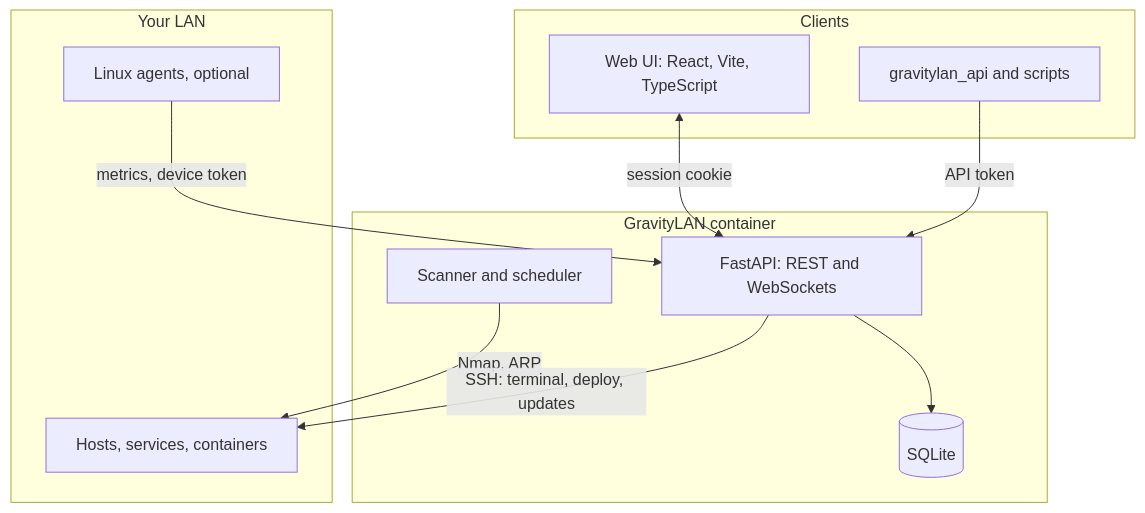
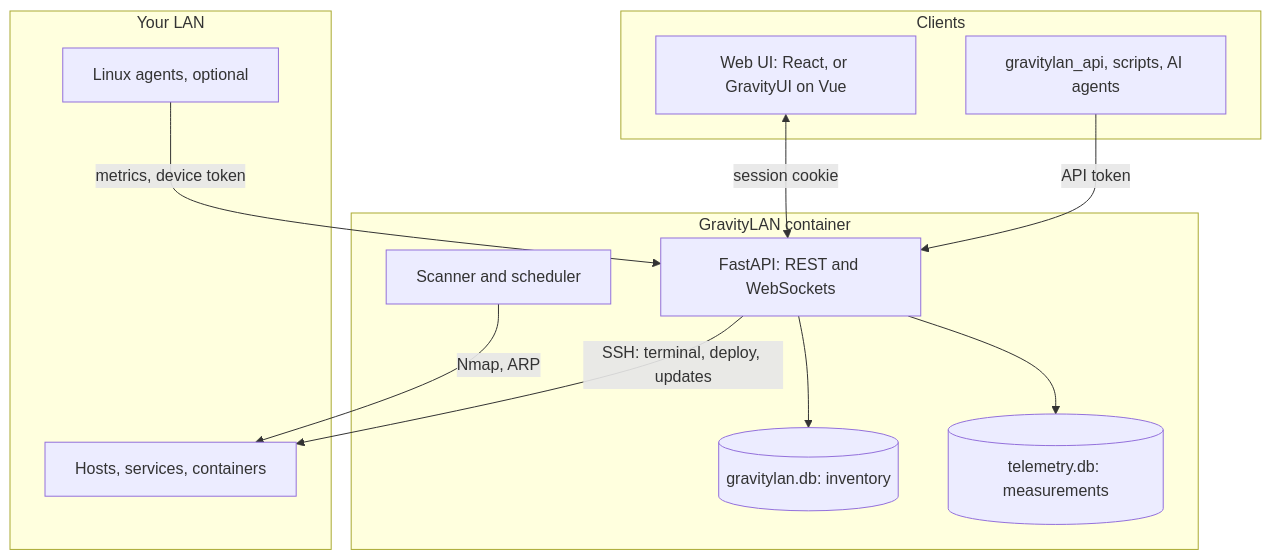
Before and after one commit to SleeperXr/GravityLAN: the first of 2 diagrams in README.md, drawn with Mermaid. The commit also changed other lines of this file and 29 other files, not shown here.

````diff
--- a/README.md
+++ b/README.md
@@ -176,22 +232,24 @@
 ```mermaid
 flowchart TB
   subgraph clients [Clients]
-    SPA[Web UI: React, Vite, TypeScript]
-    PY[gravitylan_api and scripts]
+    SPA[Web UI: React, or GravityUI on Vue]
+    PY[gravitylan_api, scripts, AI agents]
   end
   subgraph server [GravityLAN container]
     API[FastAPI: REST and WebSockets]
     SC[Scanner and scheduler]
-    DB[(SQLite)]
+    DB[(gravitylan.db: inventory)]
+    TDB[(telemetry.db: measurements)]
   end
   subgraph lan [Your LAN]
     HOSTS[Hosts, services, containers]
     AG[Linux agents, optional]
   end
   SPA <-->|session cookie| API
   PY -->|API token| API
   API --> DB
+  API --> TDB
   SC -->|Nmap, ARP| HOSTS
   AG -->|metrics, device token| API
   API -->|SSH: terminal, deploy, updates| HOSTS
 ```
````
